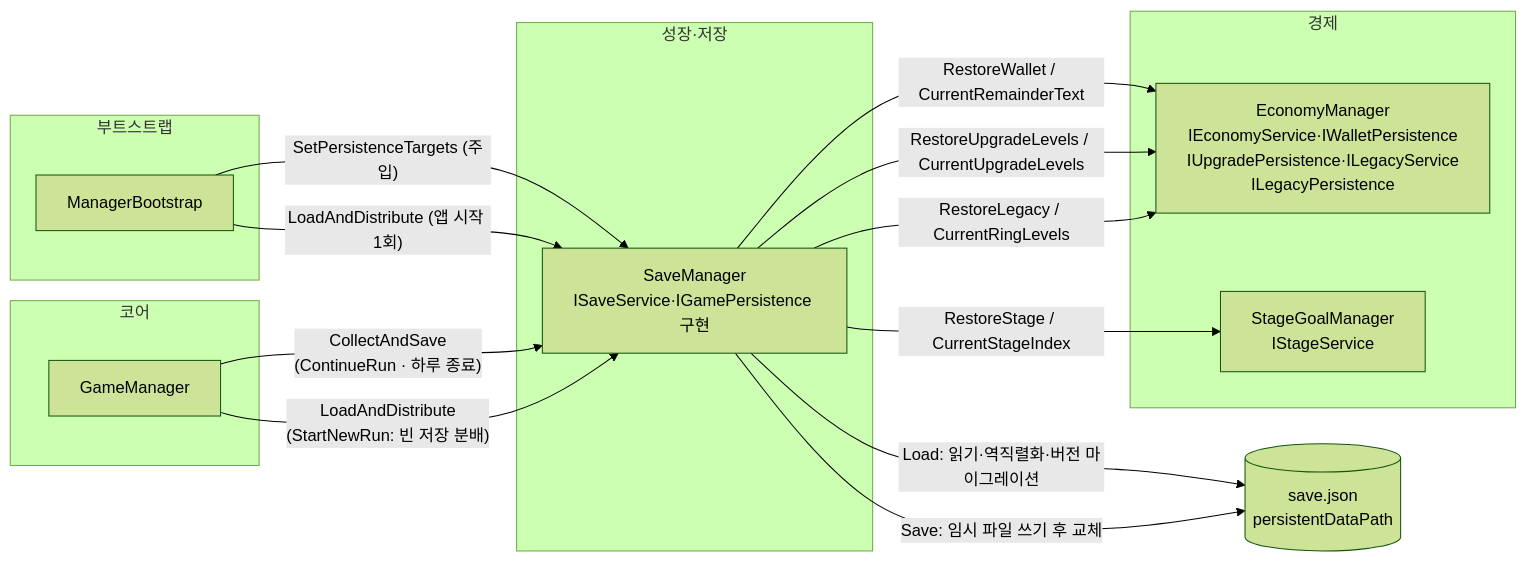
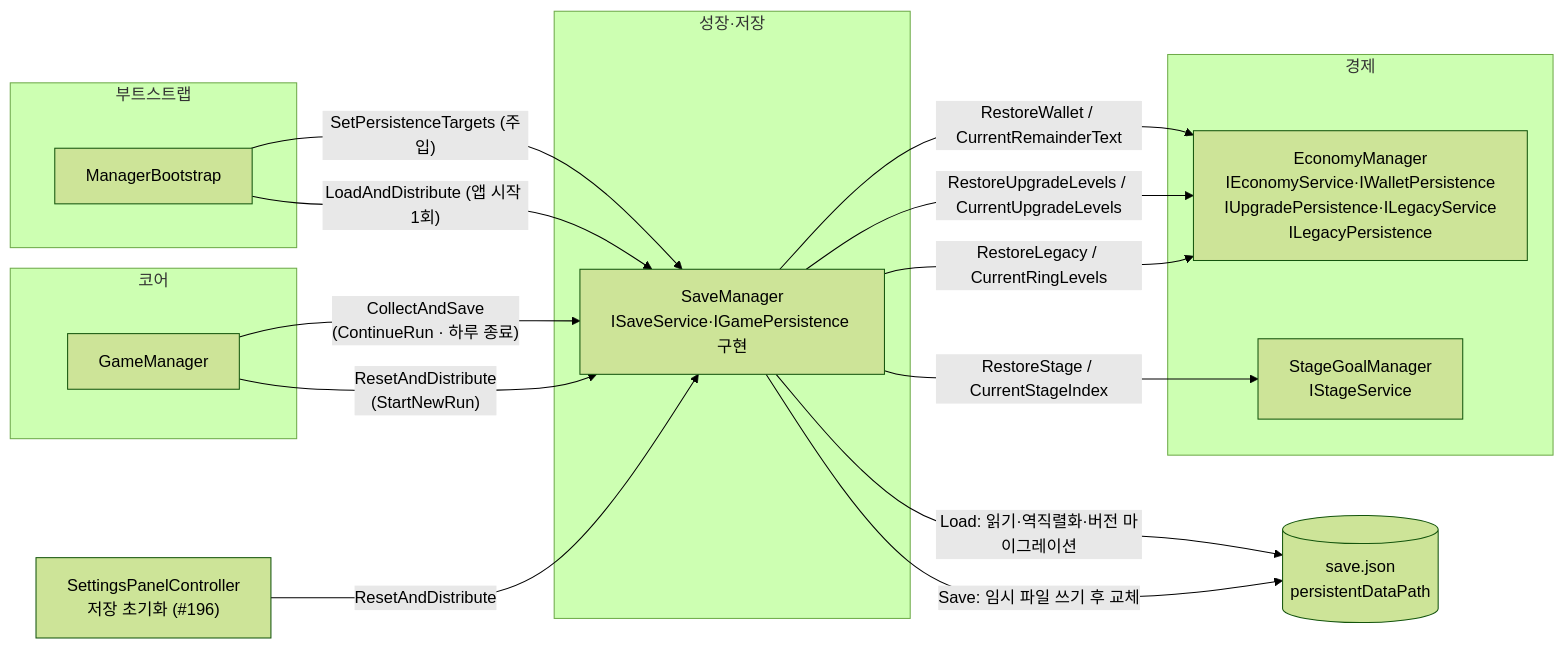
The diagram in docs/TECH_NOTES/save-load.md (KDNA-Gwangju-1/NCAIClicker), drawn with Mermaid (forest theme) before and after one commit. The commit also changed other lines of this file and 3 other files, not shown here.

````diff
--- a/docs/TECH_NOTES/save-load.md
+++ b/docs/TECH_NOTES/save-load.md
@@ -43,34 +45,35 @@
 ```mermaid
 flowchart LR
   subgraph Boot["부트스트랩"]
     boot["ManagerBootstrap"]
   end
 
   subgraph Core["코어"]
     gm["GameManager"]
   end
 
   subgraph SaveMod["성장·저장"]
     mgr["SaveManager<br/>ISaveService·IGamePersistence 구현"]
   end
 
   subgraph Economy["경제"]
     econ["EconomyManager<br/>IEconomyService·IWalletPersistence<br/>IUpgradePersistence·ILegacyService<br/>ILegacyPersistence"]
     stage["StageGoalManager<br/>IStageService"]
   end
 
   disk[("save.json<br/>persistentDataPath")]
 
   boot -- "SetPersistenceTargets (주입)" --> mgr
   boot -- "LoadAndDistribute (앱 시작 1회)" --> mgr
   gm -- "CollectAndSave<br/>(ContinueRun · 하루 종료)" --> mgr
-  gm -- "LoadAndDistribute<br/>(StartNewRun: 빈 저장 분배)" --> mgr
+  gm -- "ResetAndDistribute<br/>(StartNewRun)" --> mgr
+  settings["SettingsPanelController<br/>저장 초기화 (#196)"] -- "ResetAndDistribute" --> mgr
 
   mgr -- "Load: 읽기·역직렬화·버전 마이그레이션" --> disk
   mgr -- "Save: 임시 파일 쓰기 후 교체" --> disk
 
   mgr -- "RestoreWallet / CurrentRemainderText" --> econ
   mgr -- "RestoreUpgradeLevels / CurrentUpgradeLevels" --> econ
   mgr -- "RestoreLegacy / CurrentRingLevels" --> econ
   mgr -- "RestoreStage / CurrentStageIndex" --> stage
 ```
````
